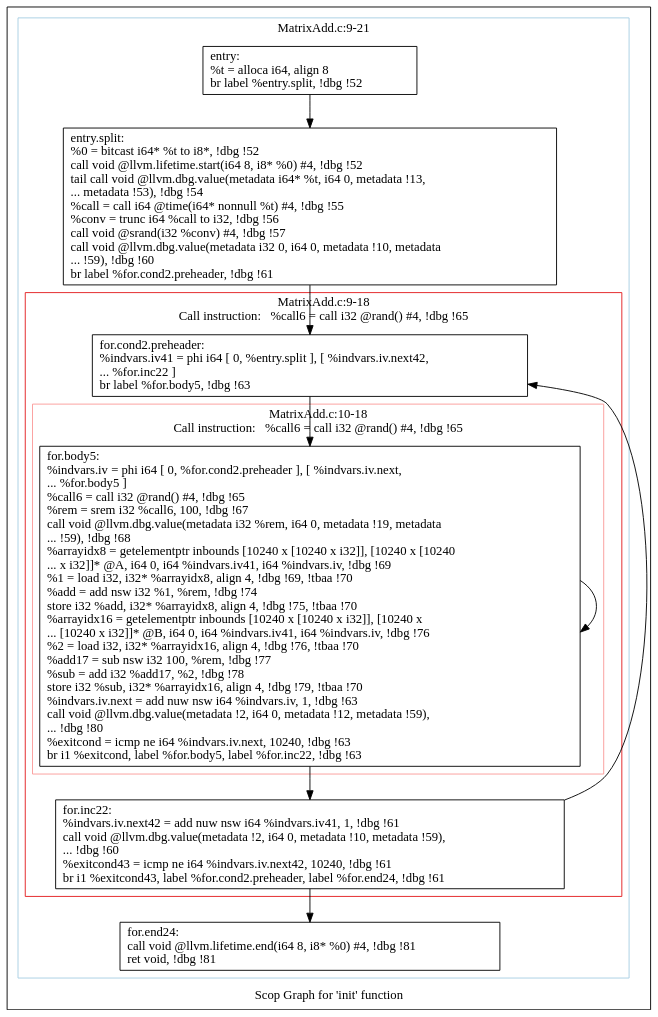
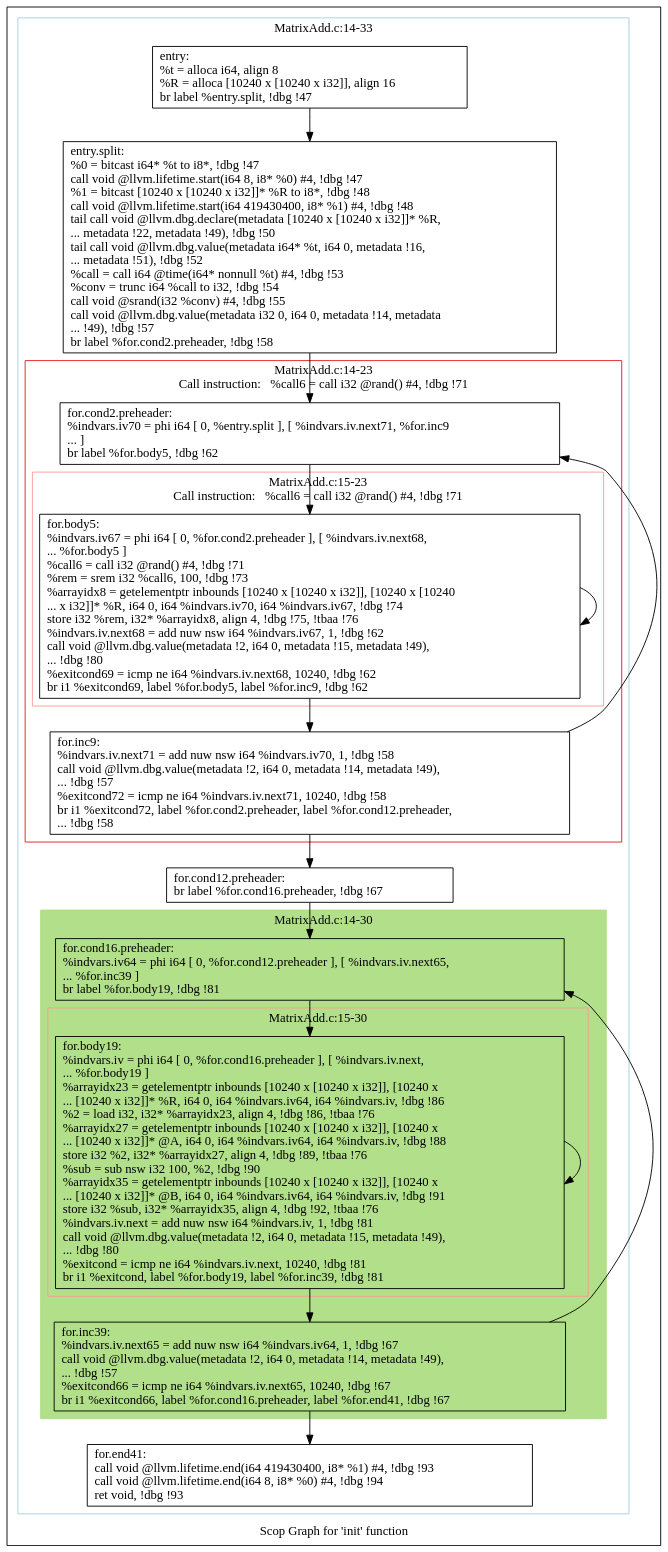
The diagram in polly/MatrixAdd/impl/handwritten/dot/scops.init.dot (samminweng/WhileyOpenCL), drawn with Graphviz before and after one commit. The commit also changed 25 other files, not shown here.

```diff
--- a/polly/MatrixAdd/impl/handwritten/dot/scops.init.dot
+++ b/polly/MatrixAdd/impl/handwritten/dot/scops.init.dot
@@ -1,42 +1,67 @@
 digraph "Scop Graph for 'init' function" {
 	label="Scop Graph for 'init' function";
 
-	Node0x9c989e0 [shape=record,label="{entry:\l  %t = alloca i64, align 8\l  br label %entry.split, !dbg !52\l}"];
-	Node0x9c989e0 -> Node0x9ea4b20;
-	Node0x9ea4b20 [shape=record,label="{entry.split:                                      \l  %0 = bitcast i64* %t to i8*, !dbg !52\l  call void @llvm.lifetime.start(i64 8, i8* %0) #4, !dbg !52\l  tail call void @llvm.dbg.value(metadata i64* %t, i64 0, metadata !13,\l... metadata !53), !dbg !54\l  %call = call i64 @time(i64* nonnull %t) #4, !dbg !55\l  %conv = trunc i64 %call to i32, !dbg !56\l  call void @srand(i32 %conv) #4, !dbg !57\l  call void @llvm.dbg.value(metadata i32 0, i64 0, metadata !10, metadata\l... !59), !dbg !60\l  br label %for.cond2.preheader, !dbg !61\l}"];
-	Node0x9ea4b20 -> Node0x9e1a190;
-	Node0x9e1a190 [shape=record,label="{for.cond2.preheader:                              \l  %indvars.iv41 = phi i64 [ 0, %entry.split ], [ %indvars.iv.next42,\l... %for.inc22 ]\l  br label %for.body5, !dbg !63\l}"];
-	Node0x9e1a190 -> Node0x9e8fdf0;
-	Node0x9e8fdf0 [shape=record,label="{for.body5:                                        \l  %indvars.iv = phi i64 [ 0, %for.cond2.preheader ], [ %indvars.iv.next,\l... %for.body5 ]\l  %call6 = call i32 @rand() #4, !dbg !65\l  %rem = srem i32 %call6, 100, !dbg !67\l  call void @llvm.dbg.value(metadata i32 %rem, i64 0, metadata !19, metadata\l... !59), !dbg !68\l  %arrayidx8 = getelementptr inbounds [10240 x [10240 x i32]], [10240 x [10240\l... x i32]]* @A, i64 0, i64 %indvars.iv41, i64 %indvars.iv, !dbg !69\l  %1 = load i32, i32* %arrayidx8, align 4, !dbg !69, !tbaa !70\l  %add = add nsw i32 %1, %rem, !dbg !74\l  store i32 %add, i32* %arrayidx8, align 4, !dbg !75, !tbaa !70\l  %arrayidx16 = getelementptr inbounds [10240 x [10240 x i32]], [10240 x\l... [10240 x i32]]* @B, i64 0, i64 %indvars.iv41, i64 %indvars.iv, !dbg !76\l  %2 = load i32, i32* %arrayidx16, align 4, !dbg !76, !tbaa !70\l  %add17 = sub nsw i32 100, %rem, !dbg !77\l  %sub = add i32 %add17, %2, !dbg !78\l  store i32 %sub, i32* %arrayidx16, align 4, !dbg !79, !tbaa !70\l  %indvars.iv.next = add nuw nsw i64 %indvars.iv, 1, !dbg !63\l  call void @llvm.dbg.value(metadata !2, i64 0, metadata !12, metadata !59),\l... !dbg !80\l  %exitcond = icmp ne i64 %indvars.iv.next, 10240, !dbg !63\l  br i1 %exitcond, label %for.body5, label %for.inc22, !dbg !63\l}"];
-	Node0x9e8fdf0 -> Node0x9e8fdf0[constraint=false];
-	Node0x9e8fdf0 -> Node0x9e233f0;
-	Node0x9e233f0 [shape=record,label="{for.inc22:                                        \l  %indvars.iv.next42 = add nuw nsw i64 %indvars.iv41, 1, !dbg !61\l  call void @llvm.dbg.value(metadata !2, i64 0, metadata !10, metadata !59),\l... !dbg !60\l  %exitcond43 = icmp ne i64 %indvars.iv.next42, 10240, !dbg !61\l  br i1 %exitcond43, label %for.cond2.preheader, label %for.end24, !dbg !61\l}"];
-	Node0x9e233f0 -> Node0x9e1a190[constraint=false];
-	Node0x9e233f0 -> Node0x9e1aa60;
-	Node0x9e1aa60 [shape=record,label="{for.end24:                                        \l  call void @llvm.lifetime.end(i64 8, i8* %0) #4, !dbg !81\l  ret void, !dbg !81\l}"];
+	Node0xa0a33d0 [shape=record,label="{entry:\l  %t = alloca i64, align 8\l  %R = alloca [10240 x [10240 x i32]], align 16\l  br label %entry.split, !dbg !47\l}"];
+	Node0xa0a33d0 -> Node0xa170950;
+	Node0xa170950 [shape=record,label="{entry.split:                                      \l  %0 = bitcast i64* %t to i8*, !dbg !47\l  call void @llvm.lifetime.start(i64 8, i8* %0) #4, !dbg !47\l  %1 = bitcast [10240 x [10240 x i32]]* %R to i8*, !dbg !48\l  call void @llvm.lifetime.start(i64 419430400, i8* %1) #4, !dbg !48\l  tail call void @llvm.dbg.declare(metadata [10240 x [10240 x i32]]* %R,\l... metadata !22, metadata !49), !dbg !50\l  tail call void @llvm.dbg.value(metadata i64* %t, i64 0, metadata !16,\l... metadata !51), !dbg !52\l  %call = call i64 @time(i64* nonnull %t) #4, !dbg !53\l  %conv = trunc i64 %call to i32, !dbg !54\l  call void @srand(i32 %conv) #4, !dbg !55\l  call void @llvm.dbg.value(metadata i32 0, i64 0, metadata !14, metadata\l... !49), !dbg !57\l  br label %for.cond2.preheader, !dbg !58\l}"];
+	Node0xa170950 -> Node0xa0a00e0;
+	Node0xa0a00e0 [shape=record,label="{for.cond2.preheader:                              \l  %indvars.iv70 = phi i64 [ 0, %entry.split ], [ %indvars.iv.next71, %for.inc9\l... ]\l  br label %for.body5, !dbg !62\l}"];
+	Node0xa0a00e0 -> Node0xa0a2a00;
+	Node0xa0a2a00 [shape=record,label="{for.body5:                                        \l  %indvars.iv67 = phi i64 [ 0, %for.cond2.preheader ], [ %indvars.iv.next68,\l... %for.body5 ]\l  %call6 = call i32 @rand() #4, !dbg !71\l  %rem = srem i32 %call6, 100, !dbg !73\l  %arrayidx8 = getelementptr inbounds [10240 x [10240 x i32]], [10240 x [10240\l... x i32]]* %R, i64 0, i64 %indvars.iv70, i64 %indvars.iv67, !dbg !74\l  store i32 %rem, i32* %arrayidx8, align 4, !dbg !75, !tbaa !76\l  %indvars.iv.next68 = add nuw nsw i64 %indvars.iv67, 1, !dbg !62\l  call void @llvm.dbg.value(metadata !2, i64 0, metadata !15, metadata !49),\l... !dbg !80\l  %exitcond69 = icmp ne i64 %indvars.iv.next68, 10240, !dbg !62\l  br i1 %exitcond69, label %for.body5, label %for.inc9, !dbg !62\l}"];
+	Node0xa0a2a00 -> Node0xa0a2a00[constraint=false];
+	Node0xa0a2a00 -> Node0xa14ba80;
+	Node0xa14ba80 [shape=record,label="{for.inc9:                                         \l  %indvars.iv.next71 = add nuw nsw i64 %indvars.iv70, 1, !dbg !58\l  call void @llvm.dbg.value(metadata !2, i64 0, metadata !14, metadata !49),\l... !dbg !57\l  %exitcond72 = icmp ne i64 %indvars.iv.next71, 10240, !dbg !58\l  br i1 %exitcond72, label %for.cond2.preheader, label %for.cond12.preheader,\l... !dbg !58\l}"];
+	Node0xa14ba80 -> Node0xa0a00e0[constraint=false];
+	Node0xa14ba80 -> Node0xa0a4c90;
+	Node0xa0a4c90 [shape=record,label="{for.cond12.preheader:                             \l  br label %for.cond16.preheader, !dbg !67\l}"];
+	Node0xa0a4c90 -> Node0xa0aceb0;
+	Node0xa0aceb0 [shape=record,label="{for.cond16.preheader:                             \l  %indvars.iv64 = phi i64 [ 0, %for.cond12.preheader ], [ %indvars.iv.next65,\l... %for.inc39 ]\l  br label %for.body19, !dbg !81\l}"];
+	Node0xa0aceb0 -> Node0xa099dd0;
+	Node0xa099dd0 [shape=record,label="{for.body19:                                       \l  %indvars.iv = phi i64 [ 0, %for.cond16.preheader ], [ %indvars.iv.next,\l... %for.body19 ]\l  %arrayidx23 = getelementptr inbounds [10240 x [10240 x i32]], [10240 x\l... [10240 x i32]]* %R, i64 0, i64 %indvars.iv64, i64 %indvars.iv, !dbg !86\l  %2 = load i32, i32* %arrayidx23, align 4, !dbg !86, !tbaa !76\l  %arrayidx27 = getelementptr inbounds [10240 x [10240 x i32]], [10240 x\l... [10240 x i32]]* @A, i64 0, i64 %indvars.iv64, i64 %indvars.iv, !dbg !88\l  store i32 %2, i32* %arrayidx27, align 4, !dbg !89, !tbaa !76\l  %sub = sub nsw i32 100, %2, !dbg !90\l  %arrayidx35 = getelementptr inbounds [10240 x [10240 x i32]], [10240 x\l... [10240 x i32]]* @B, i64 0, i64 %indvars.iv64, i64 %indvars.iv, !dbg !91\l  store i32 %sub, i32* %arrayidx35, align 4, !dbg !92, !tbaa !76\l  %indvars.iv.next = add nuw nsw i64 %indvars.iv, 1, !dbg !81\l  call void @llvm.dbg.value(metadata !2, i64 0, metadata !15, metadata !49),\l... !dbg !80\l  %exitcond = icmp ne i64 %indvars.iv.next, 10240, !dbg !81\l  br i1 %exitcond, label %for.body19, label %for.inc39, !dbg !81\l}"];
+	Node0xa099dd0 -> Node0xa099dd0[constraint=false];
+	Node0xa099dd0 -> Node0xa0a2990;
+	Node0xa0a2990 [shape=record,label="{for.inc39:                                        \l  %indvars.iv.next65 = add nuw nsw i64 %indvars.iv64, 1, !dbg !67\l  call void @llvm.dbg.value(metadata !2, i64 0, metadata !14, metadata !49),\l... !dbg !57\l  %exitcond66 = icmp ne i64 %indvars.iv.next65, 10240, !dbg !67\l  br i1 %exitcond66, label %for.cond16.preheader, label %for.end41, !dbg !67\l}"];
+	Node0xa0a2990 -> Node0xa0aceb0[constraint=false];
+	Node0xa0a2990 -> Node0xa09b550;
+	Node0xa09b550 [shape=record,label="{for.end41:                                        \l  call void @llvm.lifetime.end(i64 419430400, i8* %1) #4, !dbg !93\l  call void @llvm.lifetime.end(i64 8, i8* %0) #4, !dbg !94\l  ret void, !dbg !93\l}"];
 	colorscheme = "paired12"
-        subgraph cluster_0x9e1afc0 {
-          label = "MatrixAdd.c:9-21
+        subgraph cluster_0xa0a0db0 {
+          label = "MatrixAdd.c:14-33
 ";
           style = solid;
           color = 1
-          subgraph cluster_0x9e1baa0 {
-            label = "MatrixAdd.c:9-18
-Call instruction:   %call6 = call i32 @rand() #4, !dbg !65";
+          subgraph cluster_0xa14ba00 {
+            label = "MatrixAdd.c:14-23
+Call instruction:   %call6 = call i32 @rand() #4, !dbg !71";
             style = solid;
             color = 6
-            subgraph cluster_0x9e21ed0 {
-              label = "MatrixAdd.c:10-18
-Call instruction:   %call6 = call i32 @rand() #4, !dbg !65";
+            subgraph cluster_0xa0a2c90 {
+              label = "MatrixAdd.c:15-23
+Call instruction:   %call6 = call i32 @rand() #4, !dbg !71";
               style = solid;
               color = 5
-              Node0x9e8fdf0;
+              Node0xa0a2a00;
             }
-            Node0x9e1a190;
-            Node0x9e233f0;
+            Node0xa0a00e0;
+            Node0xa14ba80;
           }
-          Node0x9c989e0;
-          Node0x9ea4b20;
-          Node0x9e1aa60;
+          subgraph cluster_0xa091880 {
+            label = "MatrixAdd.c:14-30
+";
+            style = filled;
+            color = 3            subgraph cluster_0xa0a21a0 {
+              label = "MatrixAdd.c:15-30
+";
+              style = solid;
+              color = 5
+              Node0xa099dd0;
+            }
+            Node0xa0aceb0;
+            Node0xa0a2990;
+          }
+          Node0xa0a33d0;
+          Node0xa170950;
+          Node0xa0a4c90;
+          Node0xa09b550;
         }
 }
```
